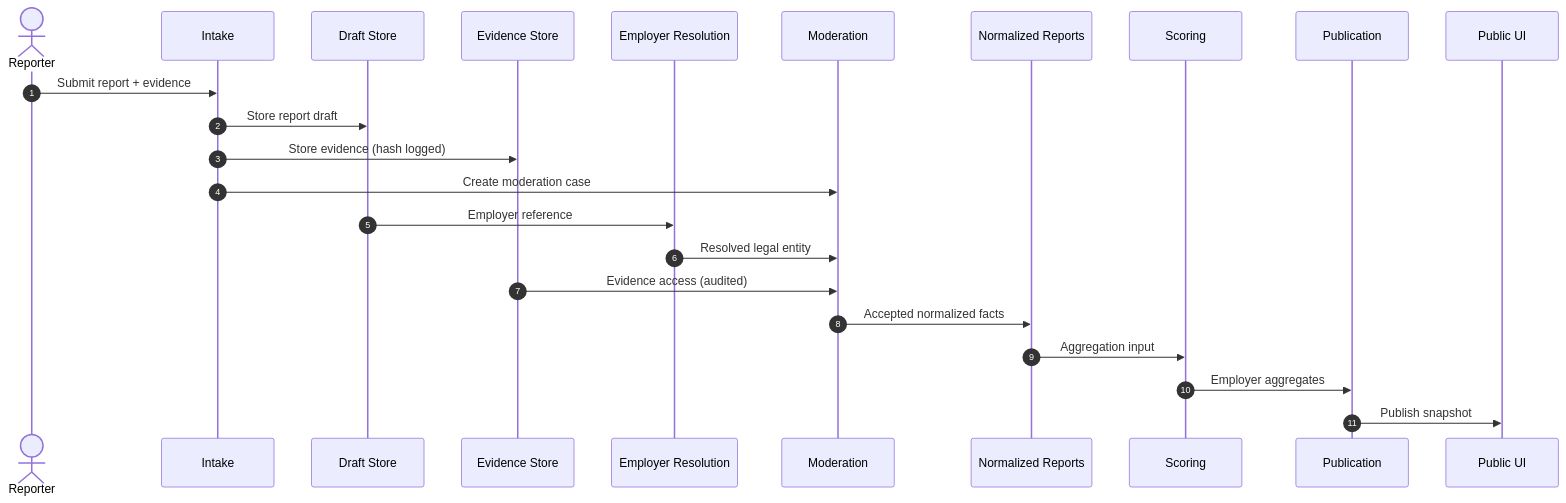
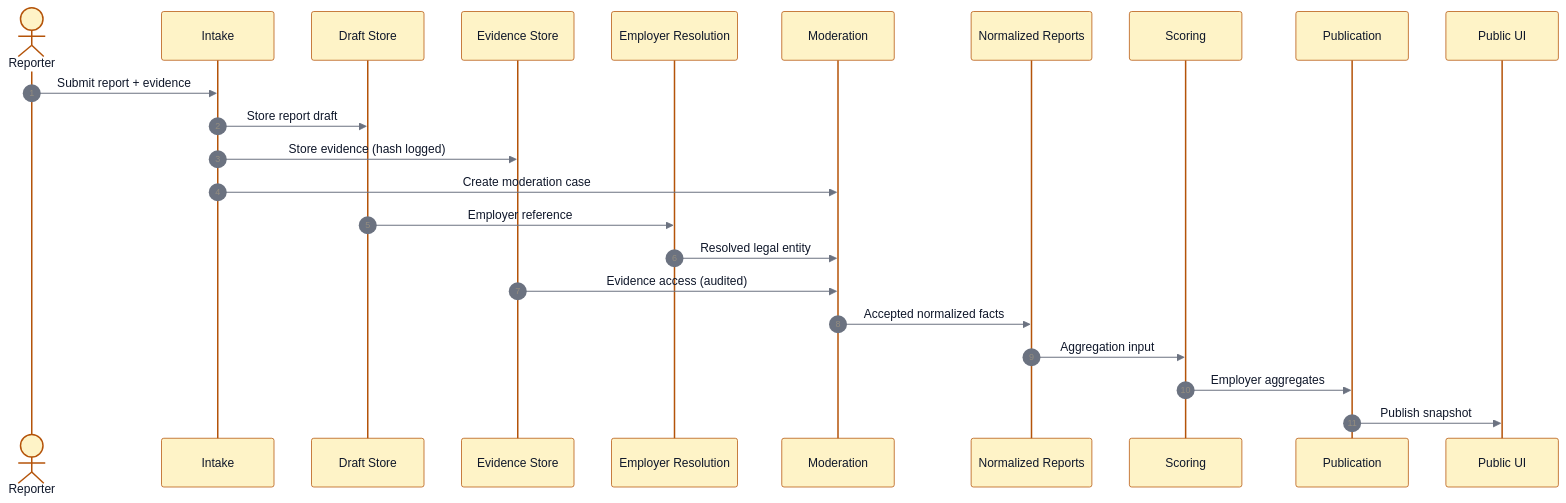
Before and after one commit to sistoyanov69/junkedout-mvp: the third of 3 diagrams in docs/architecture/logical-architecture.md, drawn with Mermaid. The commit also changed other lines of this file, not shown here.

Commit message:
docs: restore known-good colored Mermaid architecture diagrams

````diff
--- a/docs/architecture/logical-architecture.md
+++ b/docs/architecture/logical-architecture.md
@@ -130,28 +121,29 @@
 ```mermaid
+%%{init: {"theme":"base","themeVariables":{"background":"#FFFFFF","primaryTextColor":"#0F172A","lineColor":"#6B7280","fontSize":"14px","actorBkg":"#FEF3C7","actorBorder":"#B45309","actorTextColor":"#0F172A","signalColor":"#6B7280","signalTextColor":"#0F172A","activationBkgColor":"#E5E7EB","activationBorderColor":"#6B7280"}}}%%
 sequenceDiagram
   autonumber
   actor U as Reporter
   participant I as Intake
   participant D as Draft Store
   participant E as Evidence Store
   participant R as Employer Resolution
   participant M as Moderation
   participant N as Normalized Reports
   participant S as Scoring
   participant P as Publication
   participant W as Public UI
 
   U->>I: Submit report + evidence
   I->>D: Store report draft
   I->>E: Store evidence (hash logged)
   I->>M: Create moderation case
 
   D->>R: Employer reference
   R->>M: Resolved legal entity
 
   E->>M: Evidence access (audited)
   M->>N: Accepted normalized facts
   N->>S: Aggregation input
   S->>P: Employer aggregates
   P->>W: Publish snapshot
 ```
````
